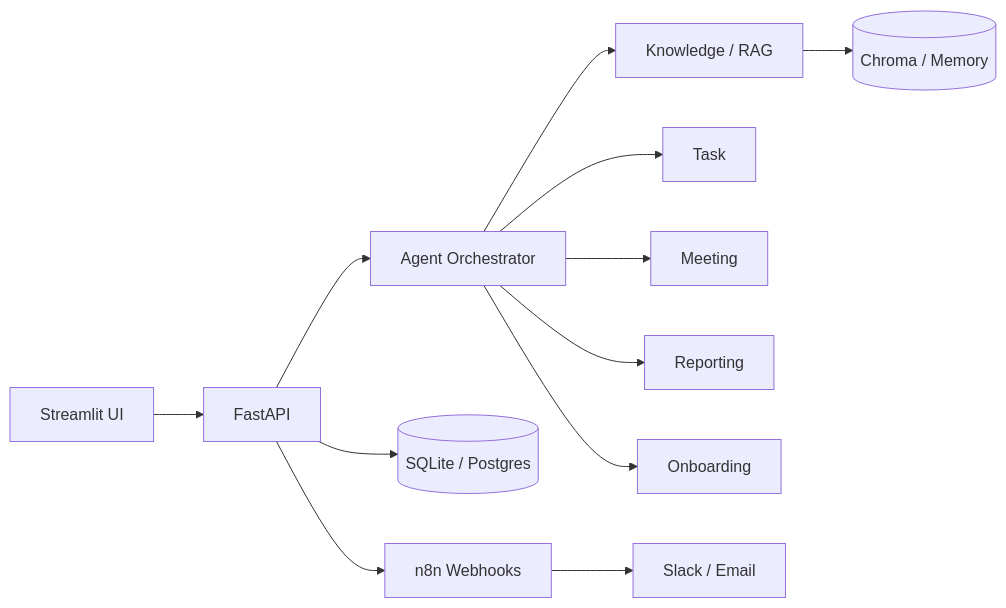
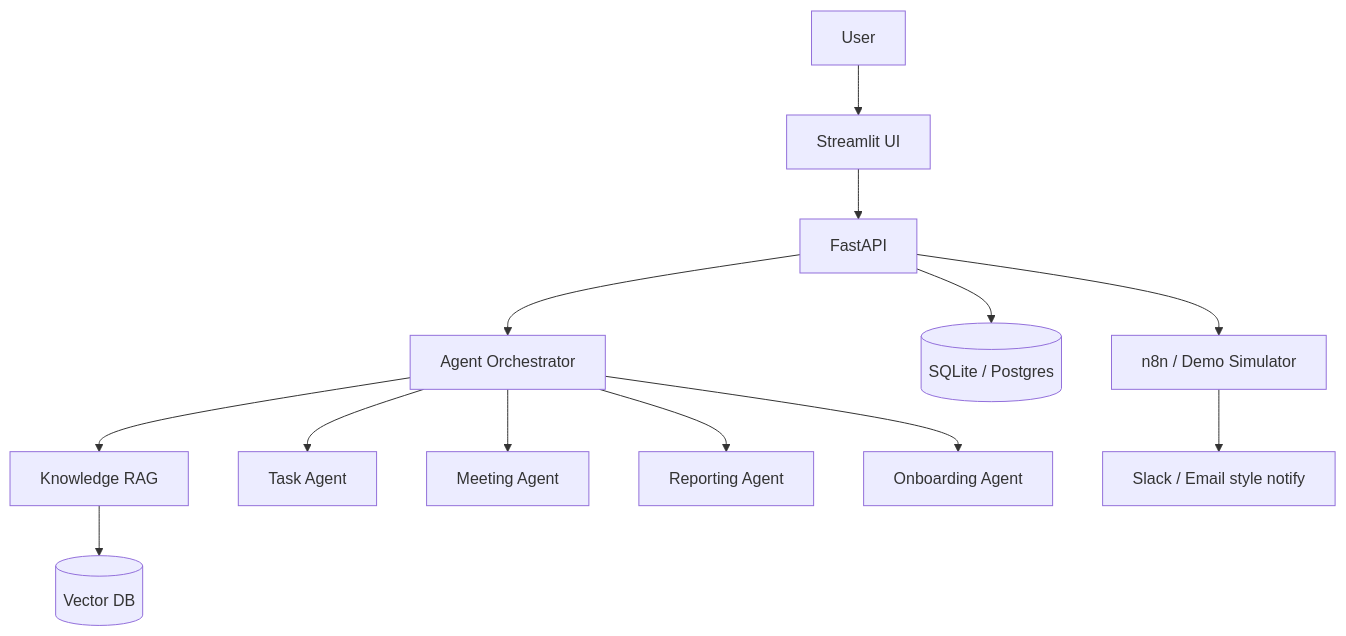
Before and after one commit to VamshiKrishnaBandari07/Autonomous-Operations-Assistant-ai: the diagram in README.md, drawn with Mermaid. The commit also changed other lines of this file and 25 other files, not shown here.

````diff
--- a/README.md
+++ b/README.md
@@ -26,14 +54,15 @@
 ```mermaid
-flowchart LR
-  UI[Streamlit UI] --> API[FastAPI]
-  API --> Orch[Agent Orchestrator]
-  Orch --> K[Knowledge / RAG]
-  Orch --> T[Task]
-  Orch --> M[Meeting]
-  Orch --> R[Reporting]
-  Orch --> O[Onboarding]
-  K --> VS[(Chroma / Memory)]
+flowchart TD
+  U[User] --> UI[Streamlit UI]
+  UI --> API[FastAPI]
+  API --> A[Agent Orchestrator]
+  A --> K[Knowledge RAG]
+  A --> T[Task Agent]
+  A --> M[Meeting Agent]
+  A --> R[Reporting Agent]
+  A --> O[Onboarding Agent]
+  K --> V[(Vector DB)]
   API --> DB[(SQLite / Postgres)]
-  API --> N8N[n8n Webhooks]
-  N8N --> Slack[Slack / Email]
+  API --> N8N[n8n / Demo Simulator]
+  N8N --> N[Slack / Email style notify]
 ```
````
